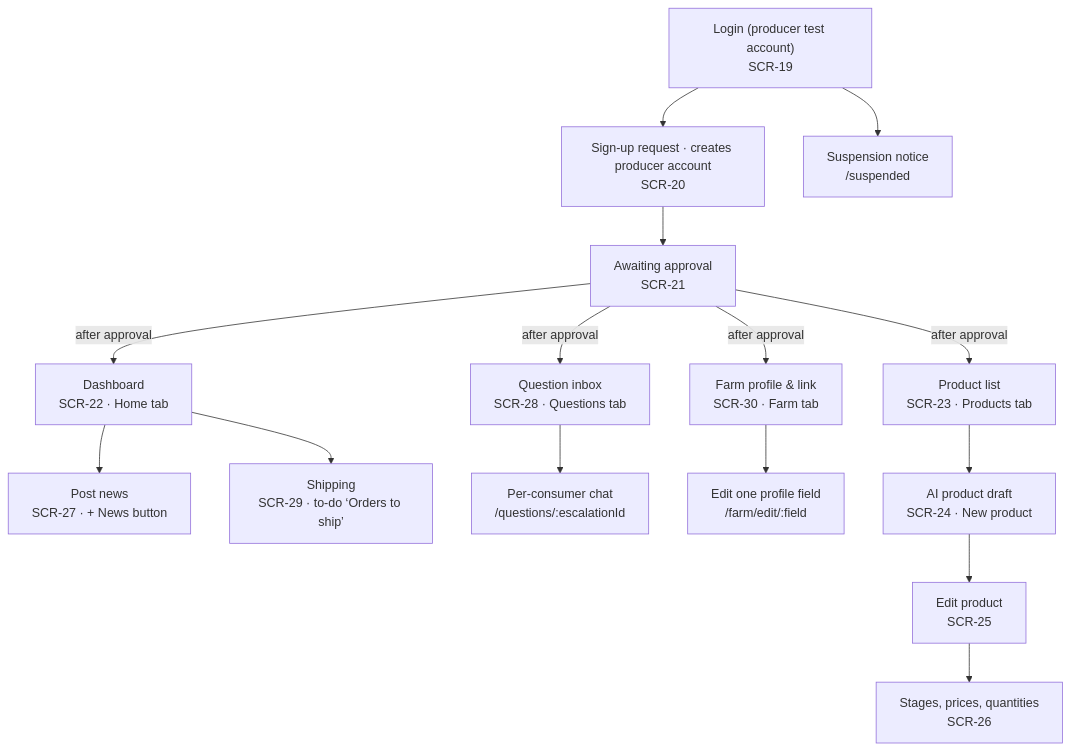
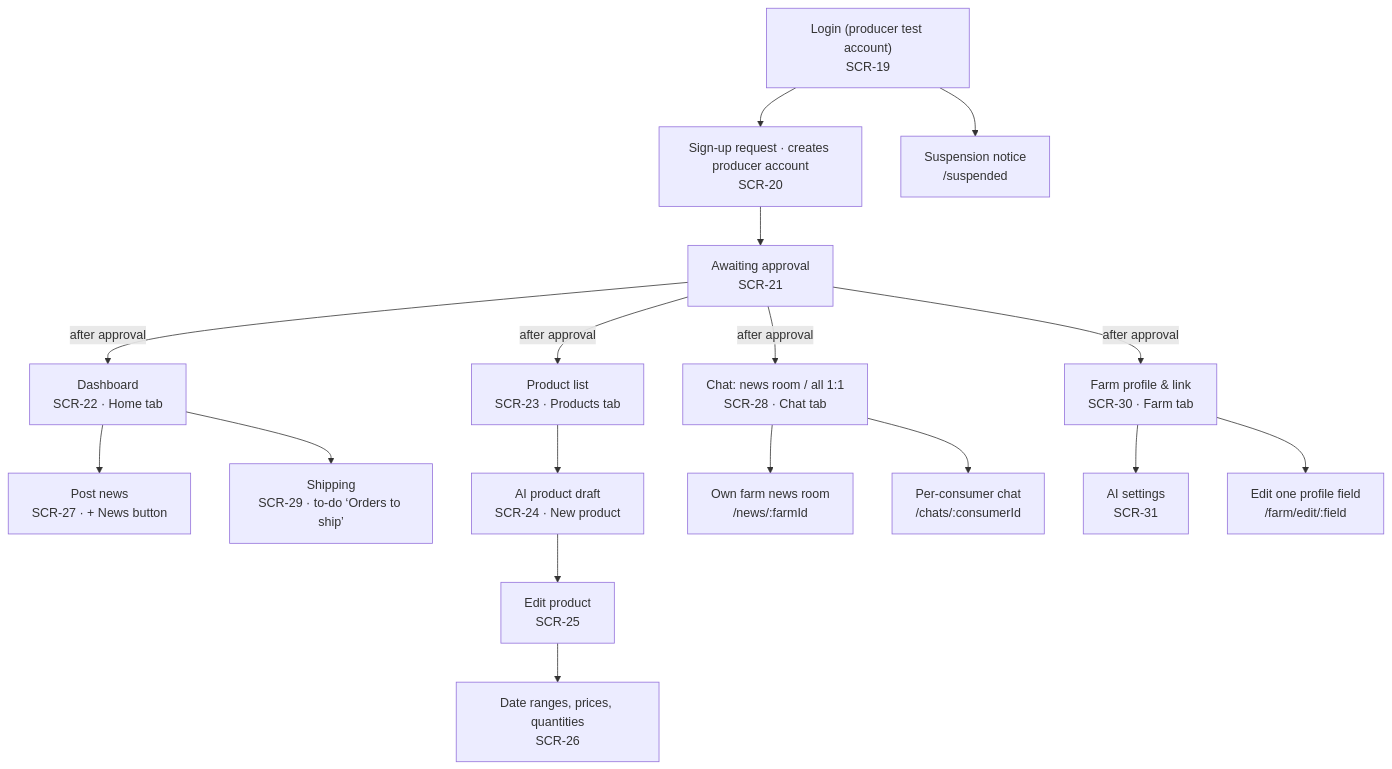
The second of 5 diagrams in docs/wiki/Design-Documentation.md (snuhcs-course/swpp-2026-project-team-06), drawn with Mermaid before and after one commit. The commit also changed other lines of this file and 28 other files, not shown here.

````diff
--- a/docs/wiki/Design-Documentation.md
+++ b/docs/wiki/Design-Documentation.md
@@ -146,14 +148,16 @@
 ```mermaid
 flowchart TD
   login["Login (producer test account)<br/>SCR-19"] --> apply["Sign-up request · creates producer account<br/>SCR-20"] --> pending["Awaiting approval<br/>SCR-21"]
   login --> suspended["Suspension notice<br/>/suspended"]
   pending -- after approval --> home["Dashboard<br/>SCR-22 · Home tab"]
   pending -- after approval --> products["Product list<br/>SCR-23 · Products tab"]
-  pending -- after approval --> questions["Question inbox<br/>SCR-28 · Questions tab"]
+  pending -- after approval --> questions["Chat: news room / all 1:1<br/>SCR-28 · Chat tab"]
   pending -- after approval --> farmtab["Farm profile & link<br/>SCR-30 · Farm tab"]
   home --> broadcast["Post news<br/>SCR-27 · + News button"]
   home --> ship["Shipping<br/>SCR-29 · to-do ‘Orders to ship’"]
-  questions --> qchat["Per-consumer chat<br/>/questions/:escalationId"]
+  questions --> room["Own farm news room<br/>/news/:farmId"]
+  farmtab --> settings["AI settings<br/>SCR-31"]
+  questions --> qchat["Per-consumer chat<br/>/chats/:consumerId"]
   farmtab --> fedit["Edit one profile field<br/>/farm/edit/:field"]
-  products --> draft["AI product draft<br/>SCR-24 · New product"] --> edit["Edit product<br/>SCR-25"] --> stages["Stages, prices, quantities<br/>SCR-26"]
+  products --> draft["AI product draft<br/>SCR-24 · New product"] --> edit["Edit product<br/>SCR-25"] --> stages["Date ranges, prices, quantities<br/>SCR-26"]
 ```
````
